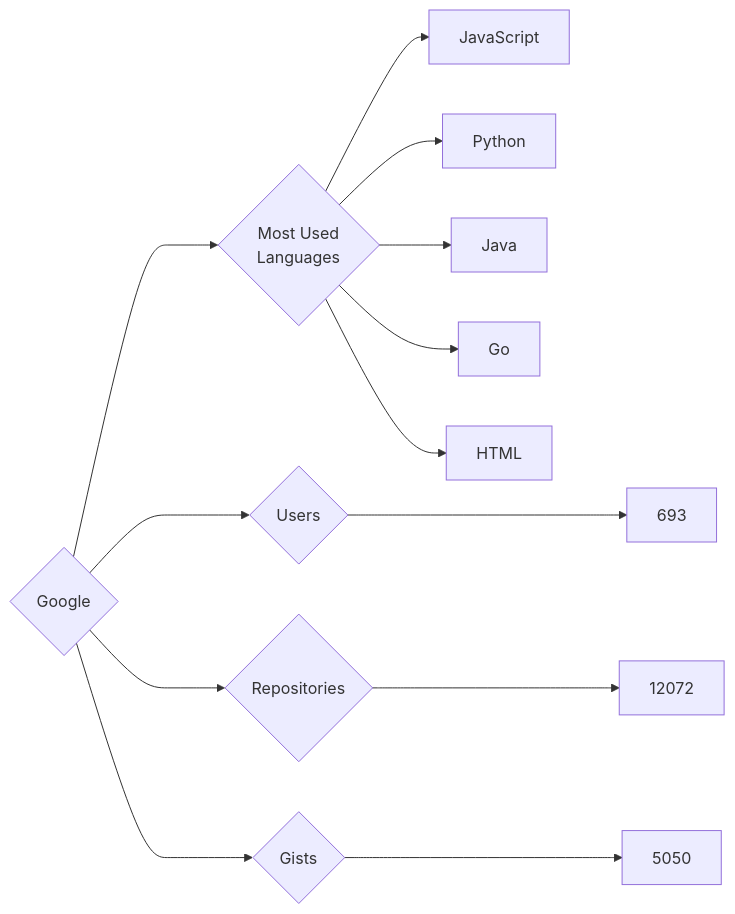
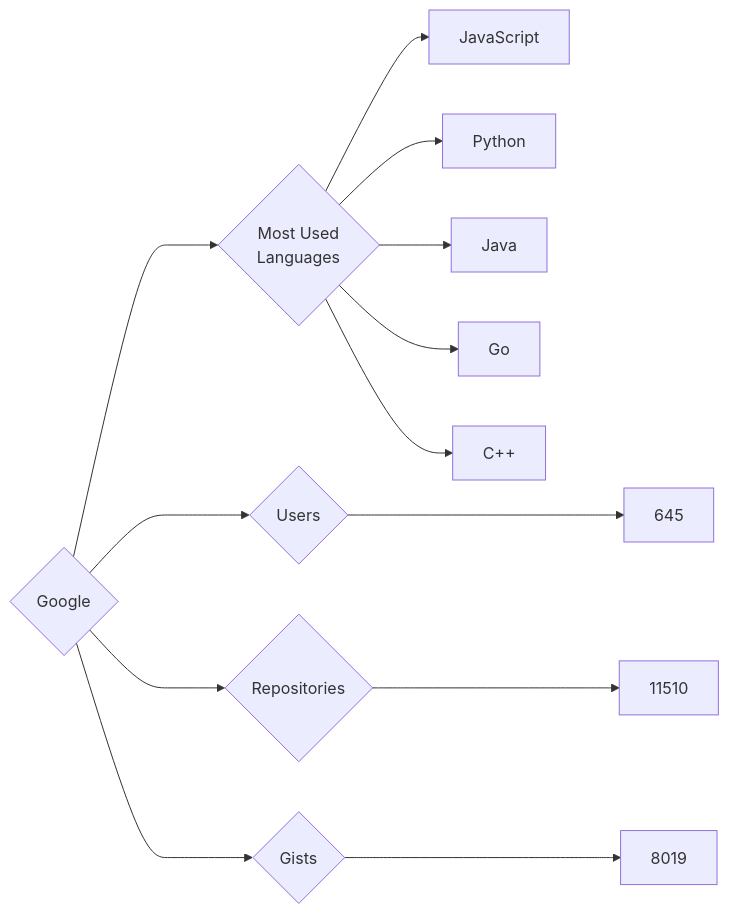
Before and after one commit to trickest/insiders: the diagram in targets/Google/README.md, drawn with Mermaid. The commit also changed 614 other files, not shown here.

````diff
--- a/targets/Google/README.md
+++ b/targets/Google/README.md
@@ -3,13 +3,13 @@
 ```mermaid
 graph LR
 COMPANY_NAME{Google}
-COMPANY_NAME ---> U{Users} ---> UN[693]
-COMPANY_NAME ---> R{Repositories} ---> RN[12072]
-COMPANY_NAME ---> G{Gists} ---> GN[5050]
+COMPANY_NAME ---> U{Users} ---> UN[645]
+COMPANY_NAME ---> R{Repositories} ---> RN[11510]
+COMPANY_NAME ---> G{Gists} ---> GN[8019]
 COMPANY_NAME ---> ML{Most Used<br>Languages}
 ML --> JavaScript[JavaScript]
 ML --> Python[Python]
 ML --> Java[Java]
 ML --> Go[Go]
-ML --> HTML[HTML]
+ML --> C++[C++]
 ```
````
